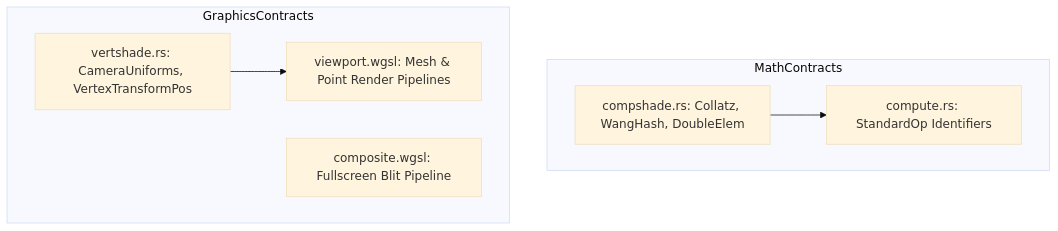
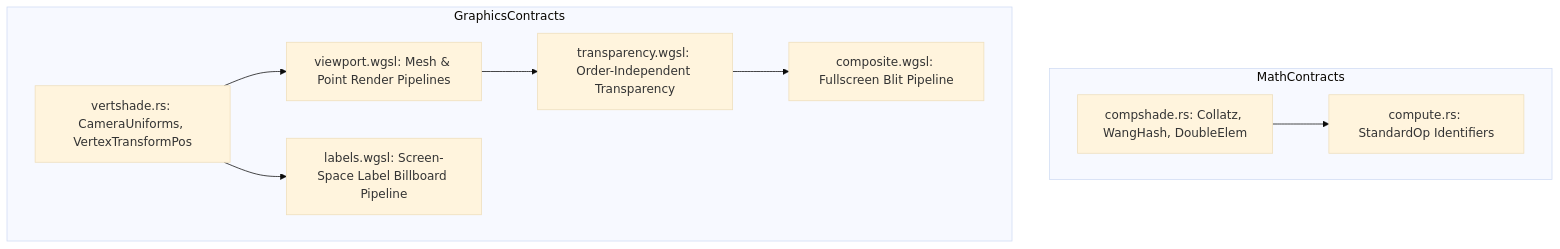
The diagram in wiki/modules/symph.md (jswarup/Trellis), drawn with Mermaid (base theme) before and after one commit. The commit also changed other lines of this file and 16 other files, not shown here.

````diff
--- a/wiki/modules/symph.md
+++ b/wiki/modules/symph.md
@@ -23,15 +21,20 @@
 ```mermaid
 flowchart TD
     subgraph MathContracts
         CompShade[compshade.rs: Collatz, WangHash, DoubleElem]
         Compute[compute.rs: StandardOp Identifiers]
     end
     subgraph GraphicsContracts
         VertShade[vertshade.rs: CameraUniforms, VertexTransformPos]
         ViewportWgsl[viewport.wgsl: Mesh & Point Render Pipelines]
         CompositeWgsl[composite.wgsl: Fullscreen Blit Pipeline]
+        TranspWgsl[transparency.wgsl: Order-Independent Transparency]
+        LabelsWgsl[labels.wgsl: Screen-Space Label Billboard Pipeline]
     end
 
     CompShade --> Compute
     VertShade --> ViewportWgsl
+    VertShade --> LabelsWgsl
+    ViewportWgsl --> TranspWgsl
+    TranspWgsl --> CompositeWgsl
 ```
````
